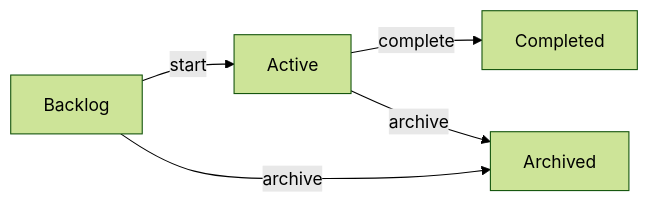
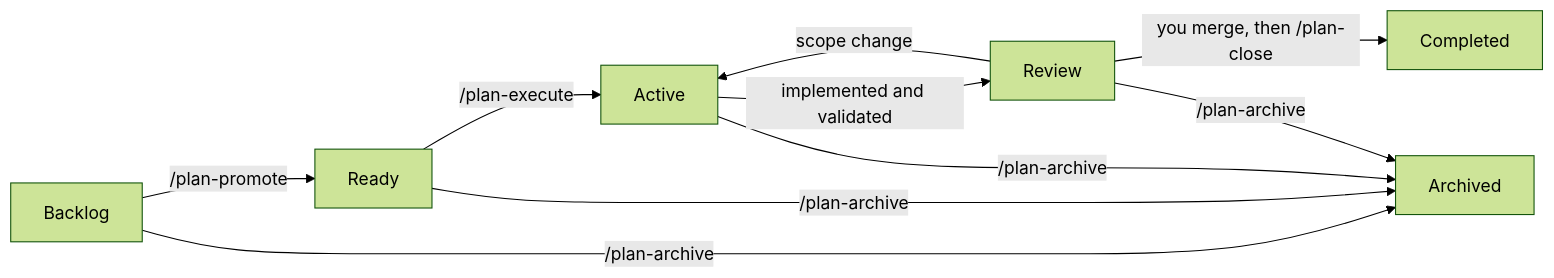
The third of 3 diagrams in README.md (kirinmurphy/roborepo-alpha), drawn with Mermaid (forest theme) before and after one commit. The commit also changed other lines of this file and 135 other files, not shown here.

First line of the commit message:
Claude/plan lifecycle review and ship workflow (#37)

````diff
--- a/README.md
+++ b/README.md
@@ -187,6 +190,7 @@
 ```mermaid
 flowchart LR
-  Backlog -->|start| Active -->|complete| Completed
-  Active -->|archive| Archived
-  Backlog -->|archive| Archived
+  Backlog -->|/plan-promote| Ready -->|/plan-execute| Active -->|implemented and validated| Review
+  Review -->|you merge, then /plan-close| Completed
+  Review -->|scope change| Active
+  Backlog & Ready & Active & Review -->|/plan-archive| Archived
 ```
````
